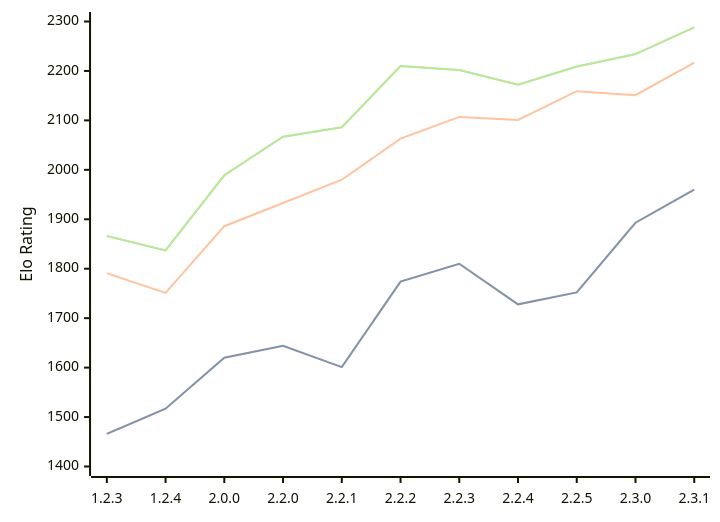
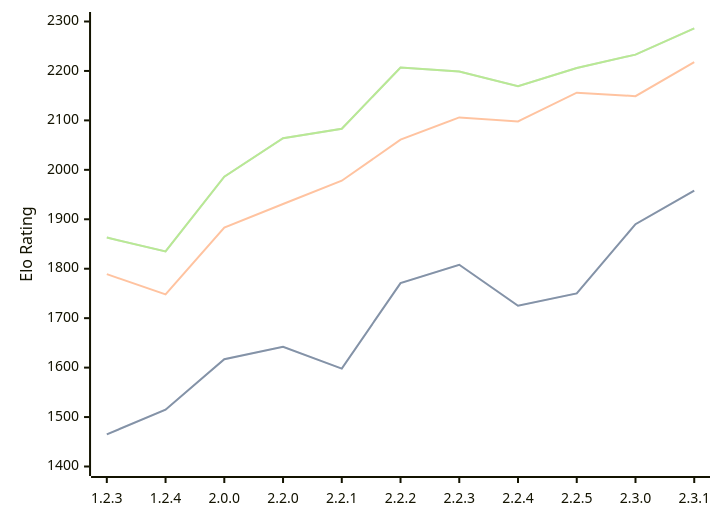
The diagram in engines/Kreveta.md (computer-chess-index/cci), drawn with Mermaid before and after one commit. The commit also changed other lines of this file, not shown here.

Commit message:
Update CCI Ratings (ELO VLTC) - 2026-06-08

````diff
--- a/engines/Kreveta.md
+++ b/engines/Kreveta.md
@@ -43,11 +43,11 @@
 ```mermaid
 %%{init: {"theme":"base","themeVariables":{"seriesColors:['#a3a3a3','#222221','#faa371']}}}%%
 xychart-beta
   x-axis ["1.2.3", "1.2.4", "2.0.0", "2.2.0", "2.2.1", "2.2.2", "2.2.3", "2.2.4", "2.2.5", "2.3.0", "2.3.1"]
   y-axis "Elo Rating" 1400 --> 2300
-  line "STC (8.0+0.08s)" [1466, 1517, 1620, 1644, 1601, 1774, 1810, 1728, 1752, 1893, 1960]
-  line "STC (8.0+0.08s)" [1466, 1517, 1620, 1644, 1601, 1774, 1810, 1728, 1752, 1893, 1960]
-  line "LTC (60.0+0.60s)" [1791, 1751, 1886, 1933, 1980, 2063, 2107, 2101, 2159, 2151, 2217]
-  line "VLTC (2m24s+1.12s)" [1866, 1837, 1989, 2067, 2086, 2210, 2202, 2172, 2209, 2234, 2288]
-  line "VLTC (2m24s+1.12s)" [1866, 1837, 1989, 2067, 2086, 2210, 2202, 2172, 2209, 2234, 2288]
+  line "STC (8.0+0.08s)" [1465, 1515, 1617, 1642, 1598, 1771, 1808, 1725, 1750, 1890, 1958]
+  line "STC (8.0+0.08s)" [1465, 1515, 1617, 1642, 1598, 1771, 1808, 1725, 1750, 1890, 1958]
+  line "LTC (60.0+0.60s)" [1789, 1748, 1883, 1931, 1978, 2061, 2106, 2098, 2156, 2149, 2218]
+  line "VLTC (2m24s+1.12s)" [1863, 1835, 1986, 2064, 2083, 2207, 2199, 2169, 2206, 2233, 2286]
+  line "VLTC (2m24s+1.12s)" [1863, 1835, 1986, 2064, 2083, 2207, 2199, 2169, 2206, 2233, 2286]
 ```
````
